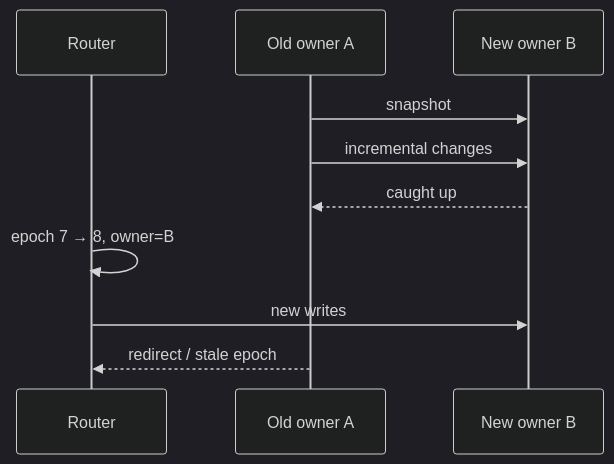
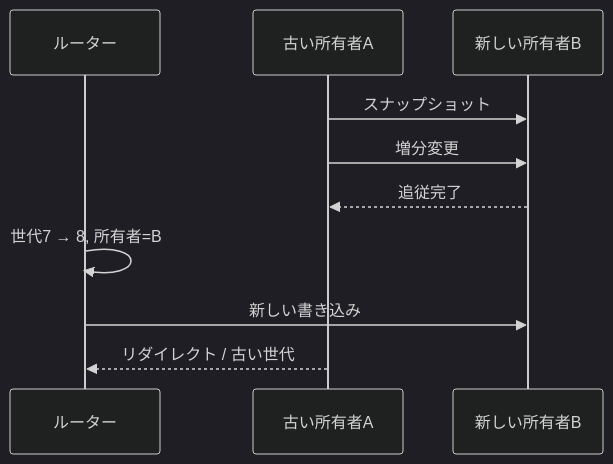
One commit to hirunebot/database-systems-book changed the sixth of 7 diagrams in src/content/docs/05-distributed-db/15-partitioning-sharding.md. Above: the diagram before and after it, drawn with Mermaid (dark theme). The commit also changed other lines of this file and 42 other files, not shown here.

````diff
--- a/src/content/docs/05-distributed-db/15-partitioning-sharding.md
+++ b/src/content/docs/05-distributed-db/15-partitioning-sharding.md
@@ -401,12 +401,12 @@
 ```mermaid
 sequenceDiagram
-    participant Router
-    participant A as Old owner A
-    participant B as New owner B
-    A->>B: snapshot
-    A->>B: incremental changes
-    B-->>A: caught up
-    Router->>Router: epoch 7 → 8, owner=B
-    Router->>B: new writes
-    A-->>Router: redirect / stale epoch
+    participant Router as ルーター
+    participant A as 古い所有者A
+    participant B as 新しい所有者B
+    A->>B: スナップショット
+    A->>B: 増分変更
+    B-->>A: 追従完了
+    Router->>Router: 世代7 → 8, 所有者=B
+    Router->>B: 新しい書き込み
+    A-->>Router: リダイレクト / 古い世代
 ```
````
